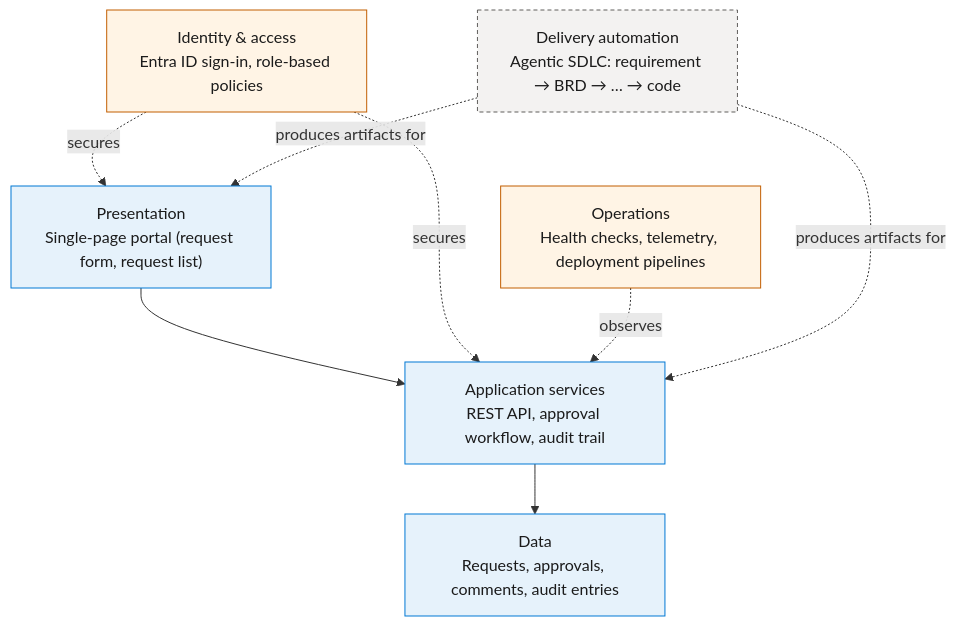
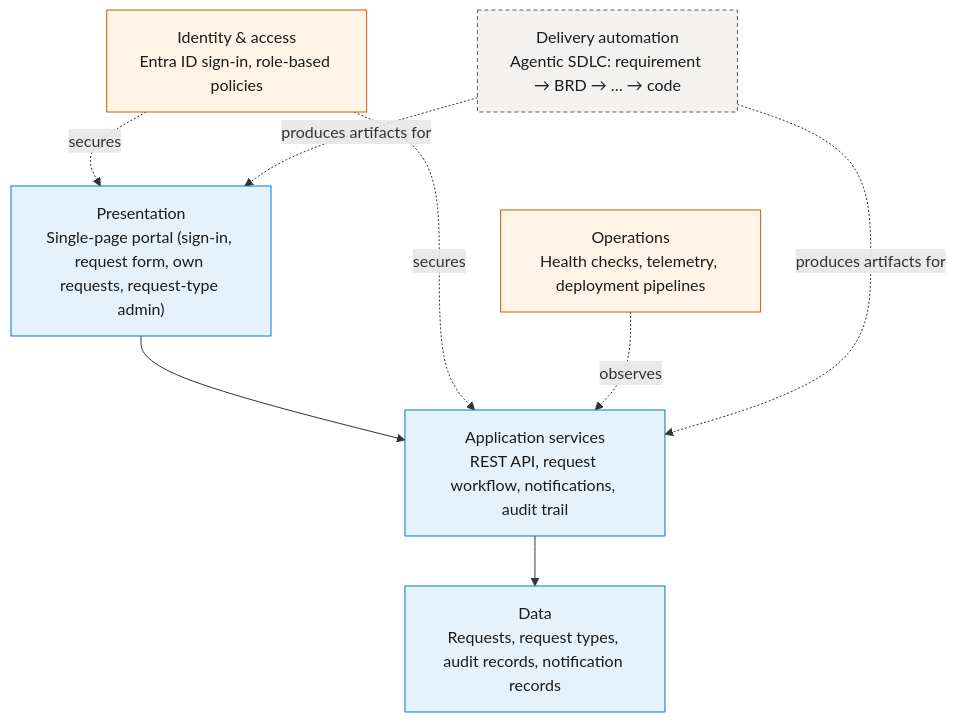
Before and after one commit to Deepankar-AICloud/AISDLC-V1: the diagram in docs/complete-solution-documentation/diagrams/mermaid/02-conceptual-architecture.mmd, drawn with Mermaid. The commit also changed 125 other files, not shown here.

```diff
--- a/docs/complete-solution-documentation/diagrams/mermaid/02-conceptual-architecture.mmd
+++ b/docs/complete-solution-documentation/diagrams/mermaid/02-conceptual-architecture.mmd
@@ -1,18 +1,18 @@
 flowchart TB
   classDef layer fill:#E6F2FB,stroke:#0078D4,color:#1B1B1B
   classDef ctrl fill:#FFF4E5,stroke:#C25E00,color:#1B1B1B
   classDef ext fill:#F3F2F1,stroke:#605E5C,stroke-dasharray:4 3,color:#1B1B1B
 
-  P["Presentation<br/>Single-page portal (request form, request list)"]:::layer
-  A["Application services<br/>REST API, approval workflow, audit trail"]:::layer
-  D["Data<br/>Requests, approvals, comments, audit entries"]:::layer
+  P["Presentation<br/>Single-page portal (sign-in, request form, own requests, request-type admin)"]:::layer
+  A["Application services<br/>REST API, request workflow, notifications, audit trail"]:::layer
+  D["Data<br/>Requests, request types, audit records, notification records"]:::layer
   I["Identity & access<br/>Entra ID sign-in, role-based policies"]:::ctrl
   O["Operations<br/>Health checks, telemetry, deployment pipelines"]:::ctrl
   E["Delivery automation<br/>Agentic SDLC: requirement → BRD → … → code"]:::ext
 
   P --> A --> D
   I -. secures .-> P
   I -. secures .-> A
   O -. observes .-> A
   E -. produces artifacts for .-> P
   E -. produces artifacts for .-> A
```
